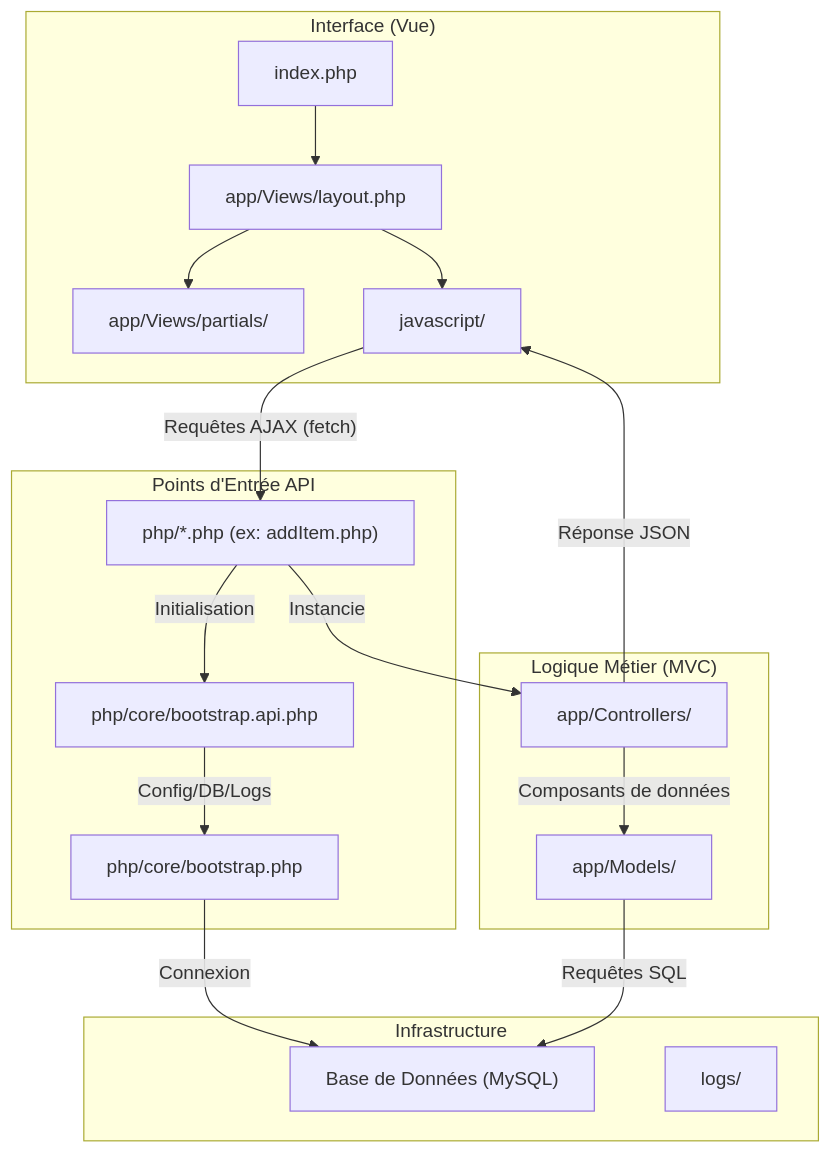
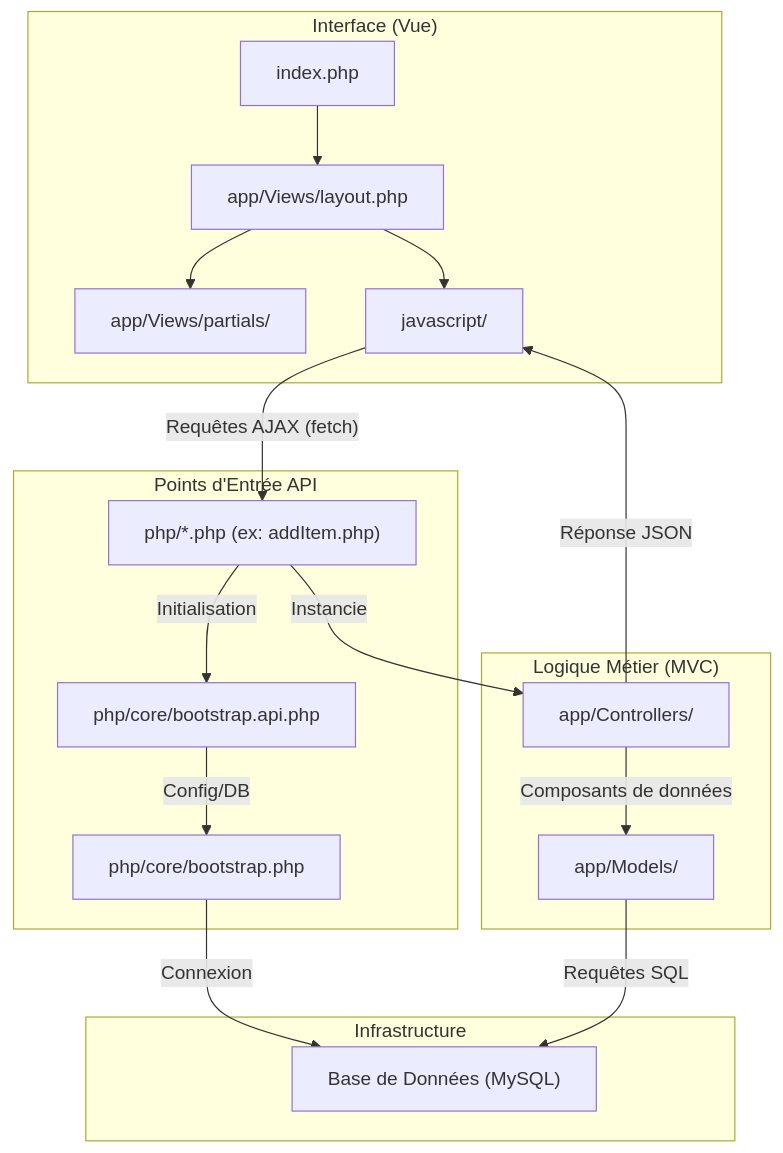
One commit to Steelmy/Projet_De_Fin_d_annee_BTS_Partie_Materiel changed the diagram in README.md. Above: the diagram before and after it, drawn with Mermaid. The commit also changed other lines of this file and 8 other files, not shown here.

````diff
--- a/README.md
+++ b/README.md
@@ -9,35 +9,34 @@
 ```mermaid
 graph TD
     subgraph Frontend ["Interface (Vue)"]
         Index["index.php"] --> Layout["app/Views/layout.php"]
         Layout --> Partials["app/Views/partials/"]
         Layout --> JS["javascript/"]
     end
 
     subgraph API ["Points d'Entrée API"]
         Endpoints["php/*.php (ex: addItem.php)"]
         BootstrapAPI["php/core/bootstrap.api.php"]
         BootstrapBase["php/core/bootstrap.php"]
     end
 
     subgraph Backend ["Logique Métier (MVC)"]
         Controllers["app/Controllers/"]
         Models["app/Models/"]
     end
 
     subgraph Infrastructure
         DB["Base de Données (MySQL)"]
-        Logger["logs/"]
     end
 
     %% Interactions
     JS -- "Requêtes AJAX (fetch)" --> Endpoints
     Endpoints -- "Initialisation" --> BootstrapAPI
-    BootstrapAPI -- "Config/DB/Logs" --> BootstrapBase
+    BootstrapAPI -- "Config/DB" --> BootstrapBase
     BootstrapBase -- "Connexion" --> DB
 
     Endpoints -- "Instancie" --> Controllers
     Controllers -- "Composants de données" --> Models
     Models -- "Requêtes SQL" --> DB
     Controllers -- "Réponse JSON" --> JS
 ```
````
